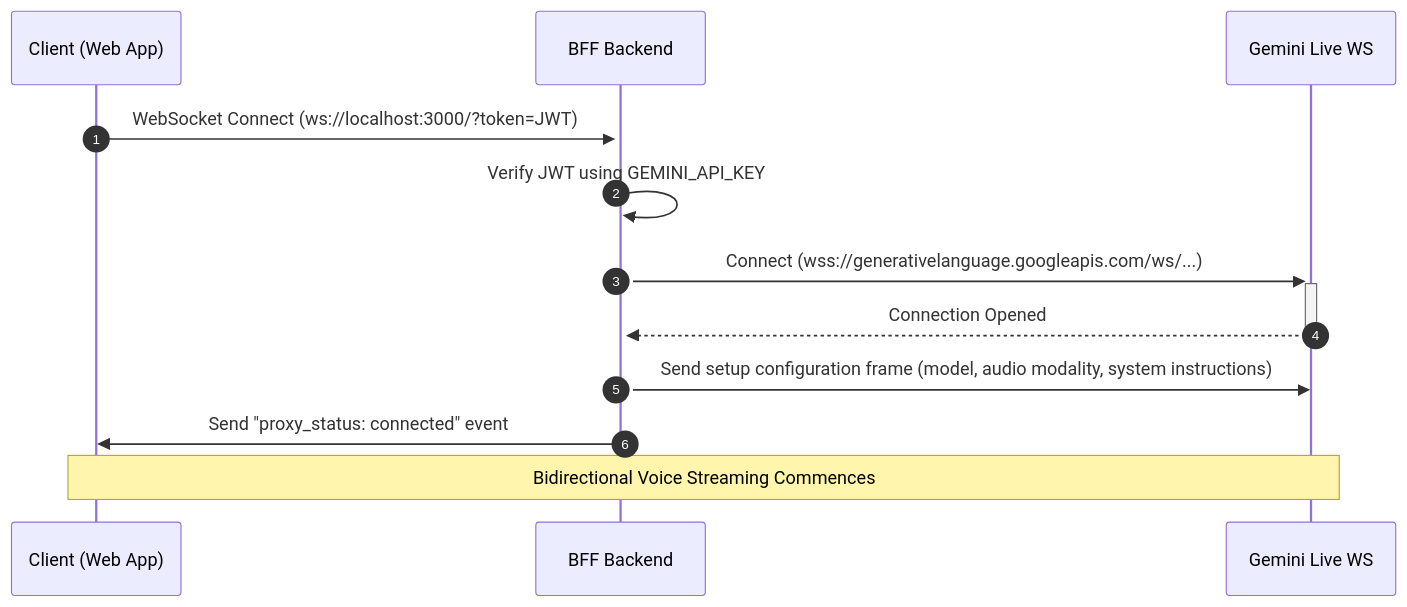
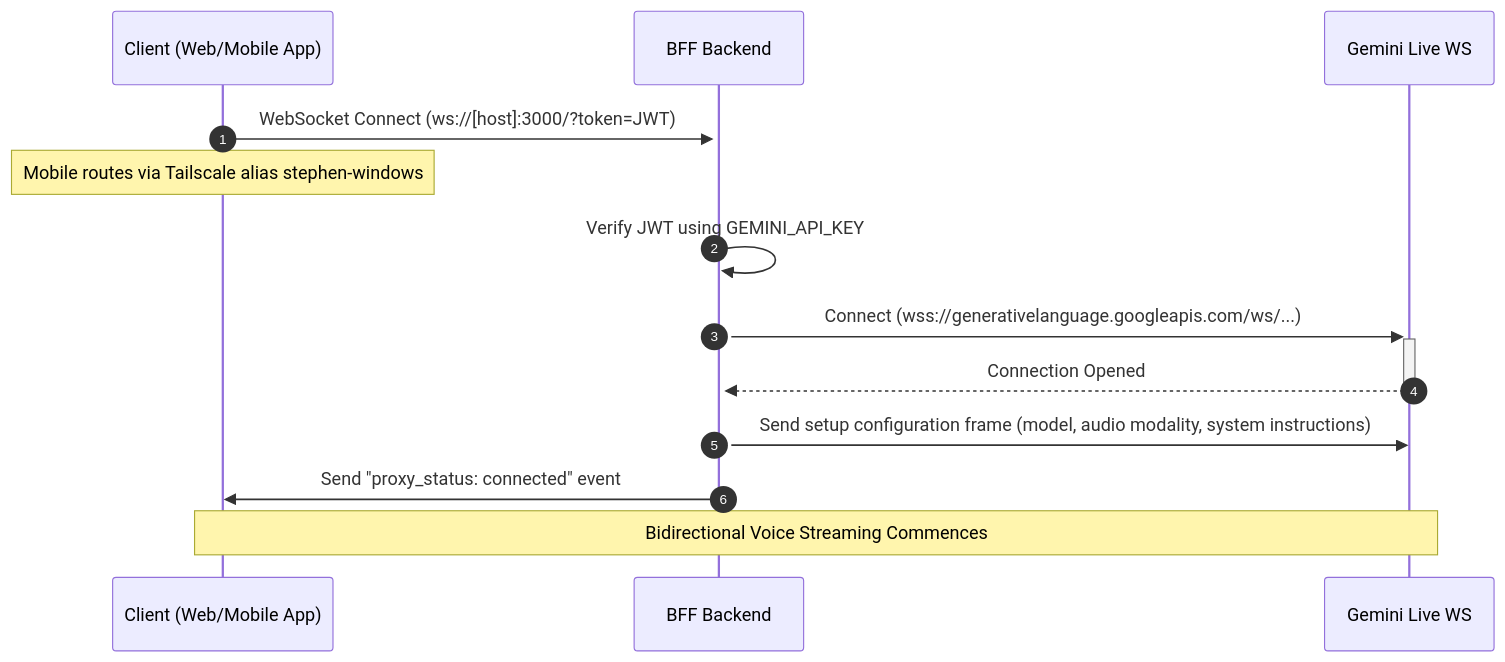
The third of 4 diagrams in docs/system/architecture.md (Stepheng753/AIU), drawn with Mermaid before and after one commit. The commit also changed other lines of this file and 39 other files, not shown here.

````diff
--- a/docs/system/architecture.md
+++ b/docs/system/architecture.md
@@ -49,12 +49,13 @@
 ```mermaid
 sequenceDiagram
     autonumber
-    Client (Web App)->>+BFF Backend: WebSocket Connect (ws://localhost:3000/?token=JWT)
+    Client (Web/Mobile App)->>+BFF Backend: WebSocket Connect (ws://[host]:3000/?token=JWT)
+    Note over Client (Web/Mobile App): Mobile routes via Tailscale alias stephen-windows
     BFF Backend->>BFF Backend: Verify JWT using GEMINI_API_KEY
     BFF Backend->>+Gemini Live WS: Connect (wss://generativelanguage.googleapis.com/ws/...)
 
     Gemini Live WS-->>-BFF Backend: Connection Opened
     BFF Backend->>Gemini Live WS: Send setup configuration frame (model, audio modality, system instructions)
-    BFF Backend->>Client (Web App): Send "proxy_status: connected" event
-    Note over Client (Web App), Gemini Live WS: Bidirectional Voice Streaming Commences
+    BFF Backend->>Client (Web/Mobile App): Send "proxy_status: connected" event
+    Note over Client (Web/Mobile App), Gemini Live WS: Bidirectional Voice Streaming Commences
 ```
````
